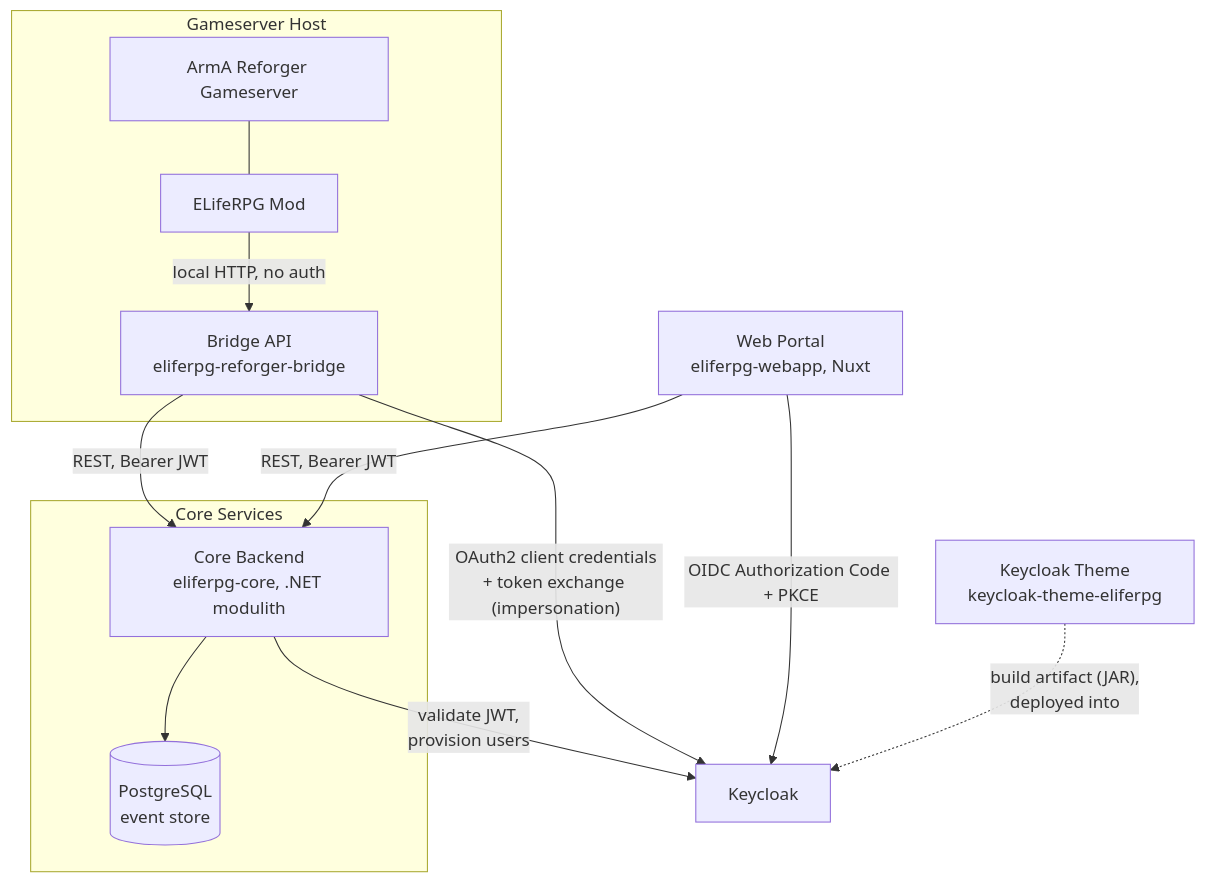
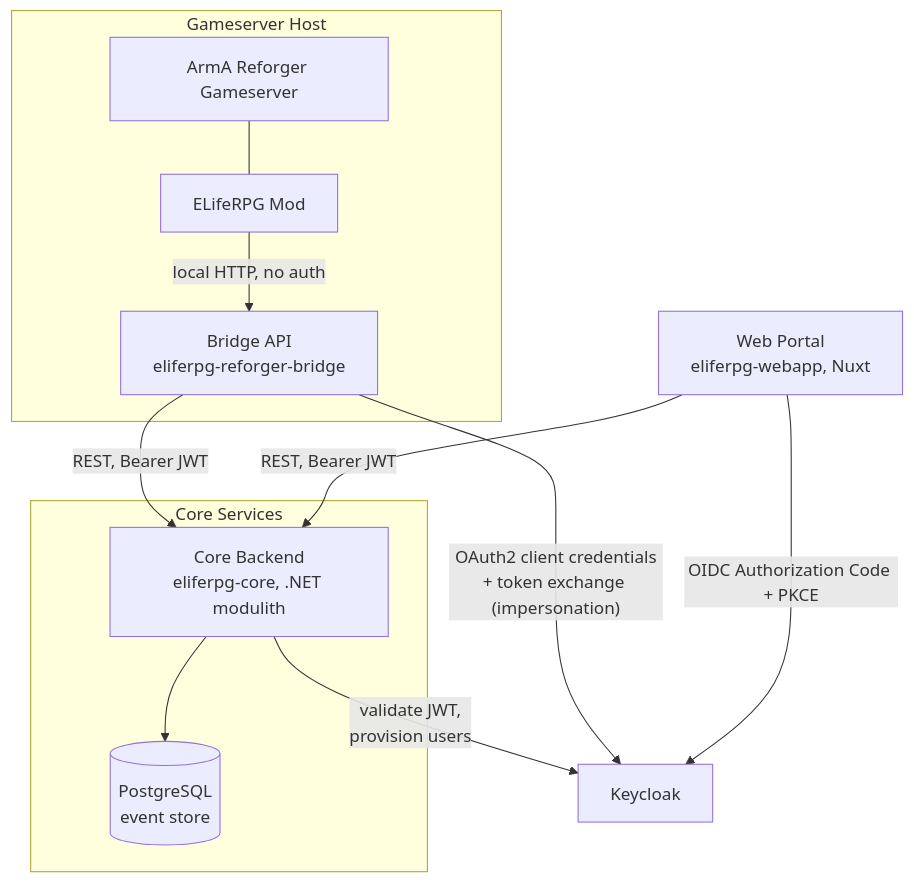
One commit to ELifeRPG/docs changed the first of 2 diagrams in docs/development/architecture.md. Above: the diagram before and after it, drawn with Mermaid. The commit also changed other lines of this file and 20 other files, not shown here.

````diff
--- a/docs/development/architecture.md
+++ b/docs/development/architecture.md
@@ -24,29 +24,26 @@
 ``` mermaid
 graph TB
   subgraph Gameserver Host
     GS[ArmA Reforger Gameserver]
     Mod[ELifeRPG Mod]
     Bridge[Bridge API<br/>eliferpg-reforger-bridge]
     GS --- Mod
     Mod -- "local HTTP, no auth" --> Bridge
   end
 
   Bridge -- "OAuth2 client credentials<br/>+ token exchange (impersonation)" --> KC
   Bridge -- "REST, Bearer JWT" --> Core
 
   subgraph Core Services
     Core[Core Backend<br/>eliferpg-core, .NET modulith]
     PG[(PostgreSQL<br/>event store)]
     Core --> PG
   end
 
   KC[Keycloak]
   Core -- "validate JWT,<br/>provision users" --> KC
 
   Web[Web Portal<br/>eliferpg-webapp, Nuxt]
   Web -- "OIDC Authorization Code + PKCE" --> KC
   Web -- "REST, Bearer JWT" --> Core
-
-  Theme[Keycloak Theme<br/>keycloak-theme-eliferpg]
-  Theme -. "build artifact (JAR),<br/>deployed into" .-> KC
 ```
````
